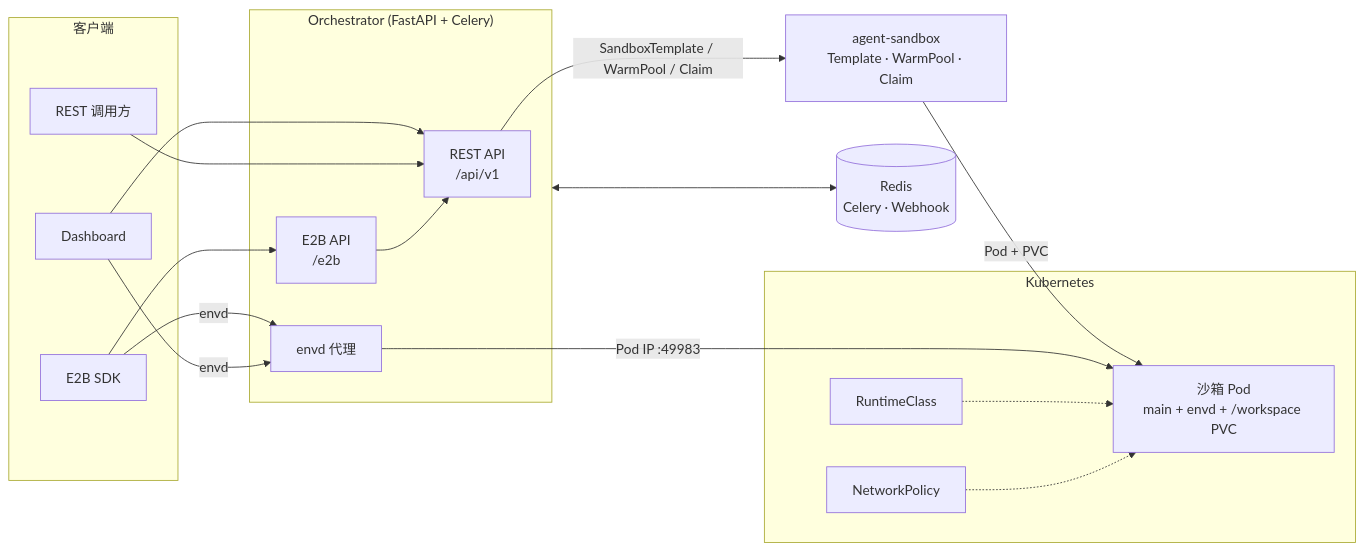
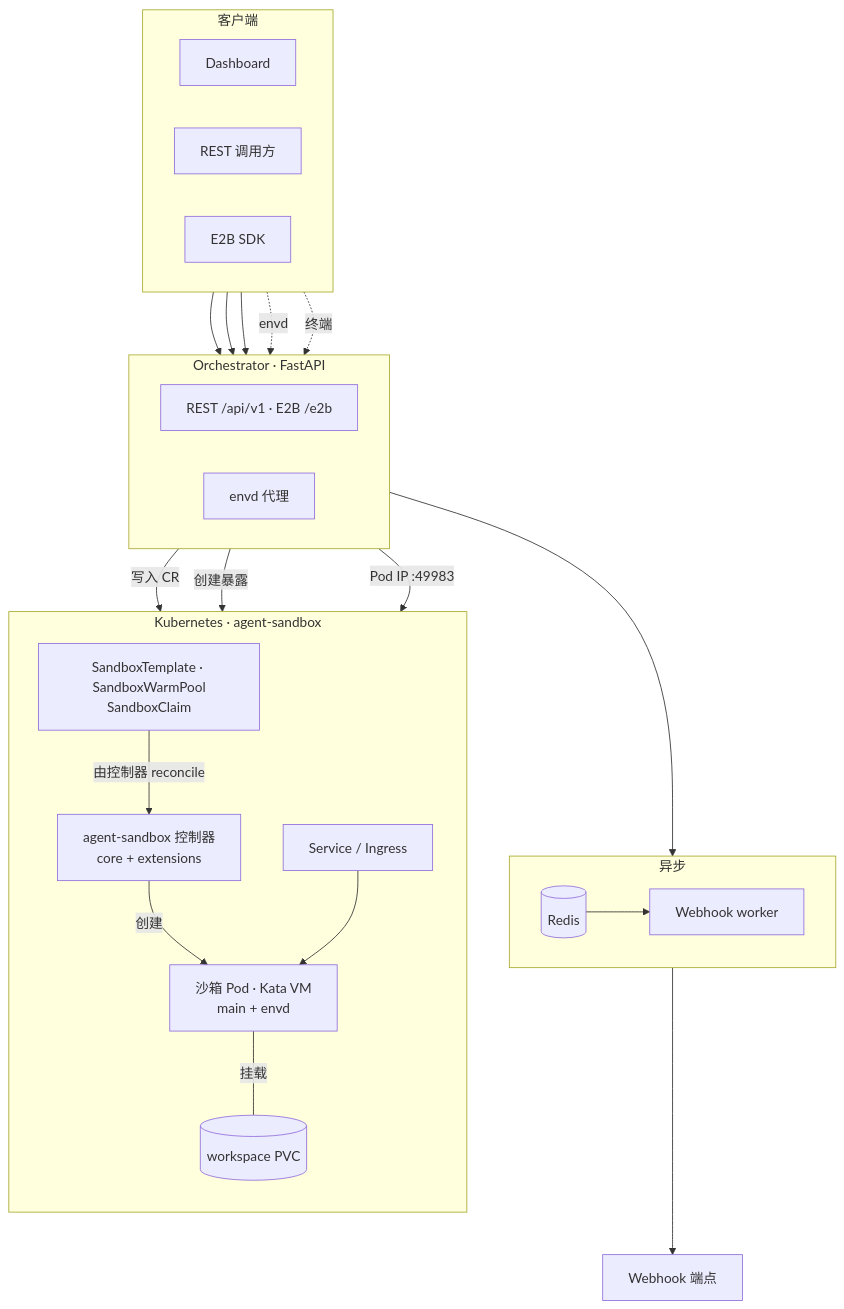
The diagram in README.zh.md (iwrs712/litterbox), drawn with Mermaid before and after one commit. The commit also changed other lines of this file and 1 other file, not shown here.

Commit message:
docs: simplify the README architecture diagram
Group the control plane, async worker and Kubernetes objects into clear
layers, reduce cross edges, and add a short create / use / pause path table.

````diff
--- a/README.zh.md
+++ b/README.zh.md
@@ -55,37 +55,50 @@
 ```mermaid
-flowchart LR
+flowchart TB
     subgraph Clients["客户端"]
+        direction LR
         Dashboard["Dashboard"]
         RestClient["REST 调用方"]
         Sdk["E2B SDK"]
     end
 
-    subgraph Orchestrator["Orchestrator  (FastAPI + Celery)"]
-        Rest["REST API\n/api/v1"]
-        E2B["E2B API\n/e2b"]
+    subgraph Control["Orchestrator · FastAPI"]
+        direction LR
+        API["REST /api/v1 · E2B /e2b"]
         Proxy["envd 代理"]
     end
 
-    Redis[("Redis\nCelery · Webhook")]
-
-    Controller["agent-sandbox\nTemplate · WarmPool · Claim"]
-
-    subgraph Cluster["Kubernetes"]
-        Sandbox["沙箱 Pod\nmain + envd + /workspace PVC"]
-        Runtime["RuntimeClass"]
-        NetPol["NetworkPolicy"]
+    subgraph Async["异步"]
+        direction LR
+        Redis[("Redis")]
+        Worker["Webhook worker"]
     end
 
-    Dashboard --> Rest
-    RestClient --> Rest
-    Sdk --> E2B
-    Sdk -->|"envd"| Proxy
-    Dashboard -->|"envd"| Proxy
-    Rest -->|"SandboxTemplate / WarmPool / Claim"| Controller
-    Controller -->|"Pod + PVC"| Sandbox
-    E2B --> Rest
-    Orchestrator <--> Redis
-    Proxy -->|"Pod IP :49983"| Sandbox
-    Runtime -.-> Sandbox
-    NetPol -.-> Sandbox
+    subgraph K8s["Kubernetes · agent-sandbox"]
+        direction TB
+        CR["SandboxTemplate · SandboxWarmPool\nSandboxClaim"]
+        AS["agent-sandbox 控制器\ncore + extensions"]
+        Pod["沙箱 Pod · Kata VM\nmain + envd"]
+        PVC[("workspace PVC")]
+        Ingress["Service / Ingress"]
+    end
+
+    Hook["Webhook 端点"]
+
+    Dashboard --> API
+    RestClient --> API
+    Sdk --> API
+    Sdk -.->|"envd"| Proxy
+    Dashboard -.->|"终端"| Proxy
+
+    API -->|"写入 CR"| CR
+    CR -->|"由控制器 reconcile"| AS
+    AS -->|"创建"| Pod
+    Pod ---|"挂载"| PVC
+    API -->|"创建暴露"| Ingress
+    Ingress --> Pod
+    Proxy -->|"Pod IP :49983"| Pod
+
+    API --> Redis
+    Redis --> Worker
+    Worker --> Hook
 ```
````
